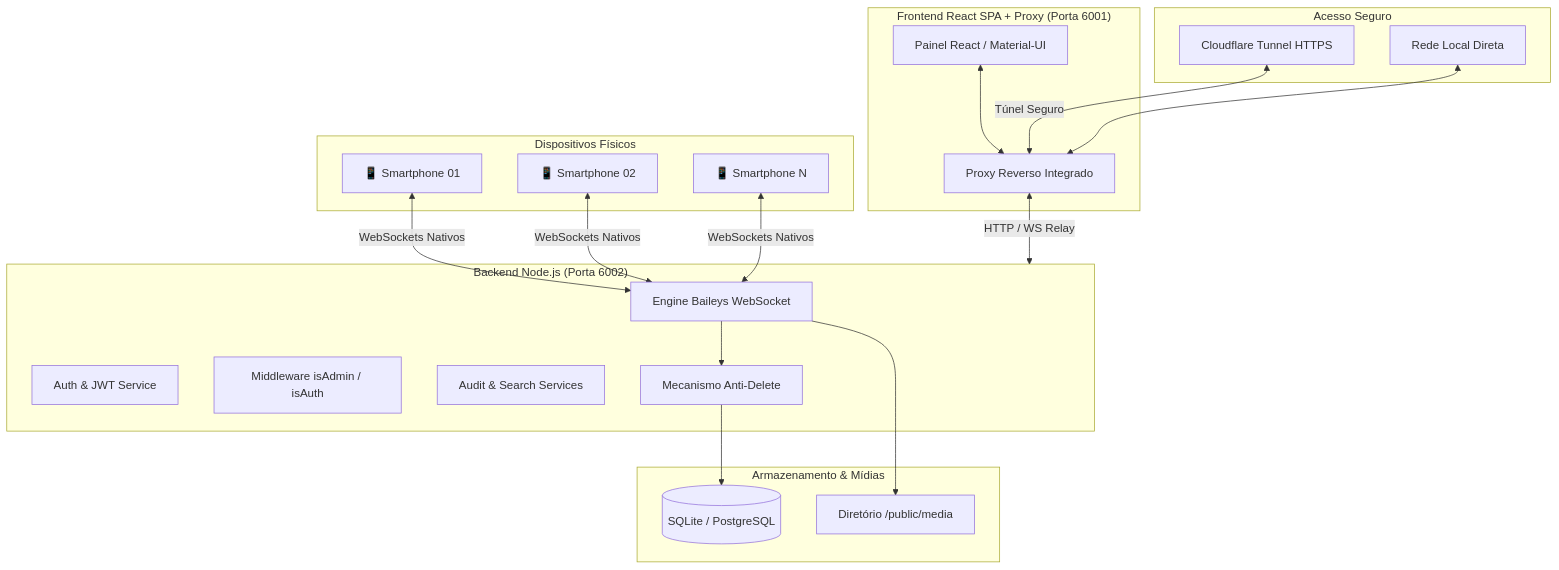
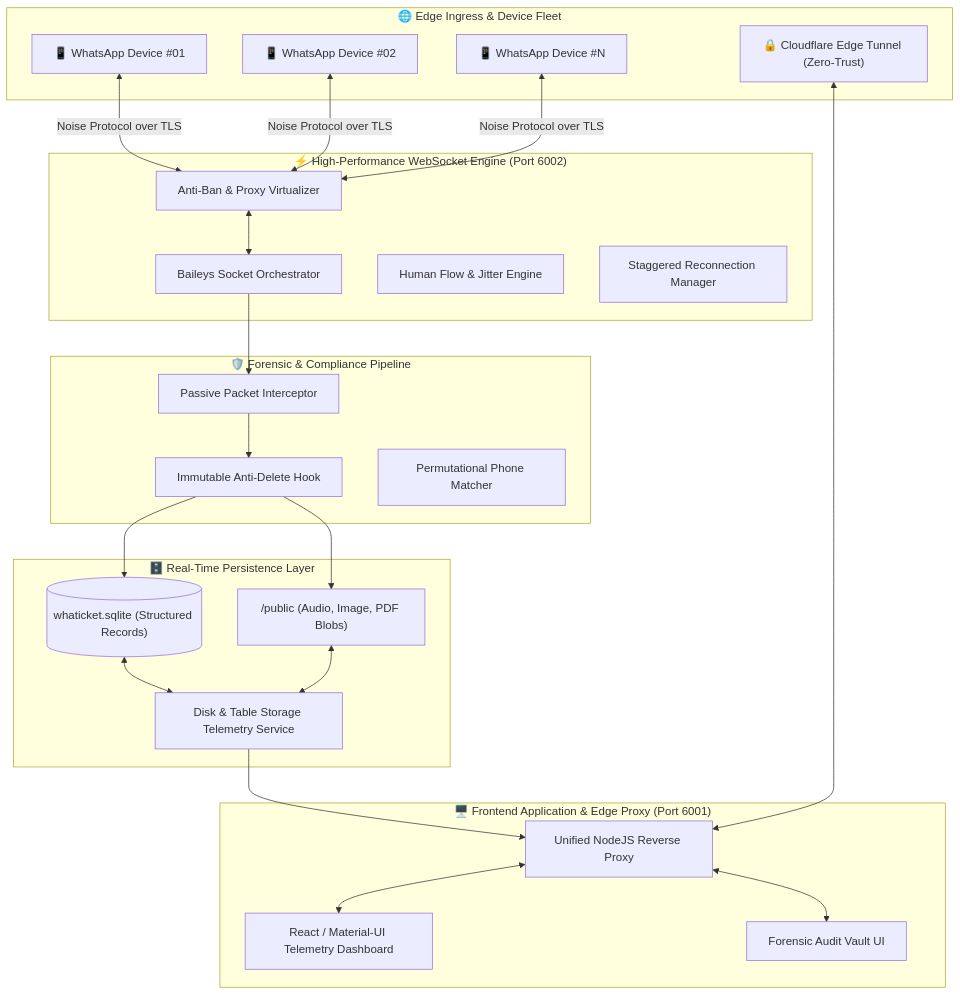
The diagram in README.md (vicenzzopalma/VERITAS), drawn with Mermaid before and after one commit. The commit also changed other lines of this file, not shown here.

````diff
--- a/README.md
+++ b/README.md
@@ -130,40 +45,45 @@
 ```mermaid
 flowchart TB
-    subgraph WhatsApp["Dispositivos Físicos"]
-        W1[📱 Smartphone 01]
-        W2[📱 Smartphone 02]
-        Wn[📱 Smartphone N]
+    subgraph Edge["🌐 Edge Ingress & Device Fleet"]
+        D1["📱 WhatsApp Device #01"]
+        D2["📱 WhatsApp Device #02"]
+        Dn["📱 WhatsApp Device #N"]
+        Tunnel["🔒 Cloudflare Edge Tunnel (Zero-Trust)"]
     end
 
-    subgraph Backend["Backend Node.js (Porta 6002)"]
-        BW[Engine Baileys WebSocket]
-        Auth[Auth & JWT Service]
-        RBAC[Middleware isAdmin / isAuth]
-        AuditSvc[Audit & Search Services]
-        AntiDel[Mecanismo Anti-Delete]
+    subgraph CoreEngine["⚡ High-Performance WebSocket Engine (Port 6002)"]
+        SocketCluster["Baileys Socket Orchestrator"]
+        AntiBan["Anti-Ban & Proxy Virtualizer"]
+        HumanFlow["Human Flow & Jitter Engine"]
+        Reconn["Staggered Reconnection Manager"]
     end
 
-    subgraph Storage["Armazenamento & Mídias"]
-        DB[(SQLite / PostgreSQL)]
-        MediaFiles["Diretório /public/media"]
+    subgraph ForensicPipeline["🛡️ Forensic & Compliance Pipeline"]
+        Interception["Passive Packet Interceptor"]
+        AntiDelete["Immutable Anti-Delete Hook"]
+        Omnisearch["Permutational Phone Matcher"]
     end
 
-    subgraph Frontend["Frontend React SPA + Proxy (Porta 6001)"]
-        Proxy[Proxy Reverso Integrado]
-        UI[Painel React / Material-UI]
+    subgraph Persistence["🗄️ Real-Time Persistence Layer"]
+        SQLiteDB[("whaticket.sqlite (Structured Records)")]
+        MediaDir["/public (Audio, Image, PDF Blobs)"]
+        TelemetrySvc["Disk & Table Storage Telemetry Service"]
     end
 
-    subgraph Access["Acesso Seguro"]
-        CF[Cloudflare Tunnel HTTPS]
-        LocalNet[Rede Local Direta]
+    subgraph ClientLayer["🖥️ Frontend Application & Edge Proxy (Port 6001)"]
+        StaticProxy["Unified NodeJS Reverse Proxy"]
+        ReactUI["React / Material-UI Telemetry Dashboard"]
+        AuditVaultUI["Forensic Audit Vault UI"]
     end
 
-    W1 & W2 & Wn <-->|WebSockets Nativos| BW
-    BW --> AntiDel
-    AntiDel --> DB
-    BW --> MediaFiles
-    Proxy <-->|HTTP / WS Relay| Backend
-    UI <--> Proxy
-    CF <-->|Túnel Seguro| Proxy
-    LocalNet <--> Proxy
+    D1 & D2 & Dn <-->|Noise Protocol over TLS| AntiBan
+    AntiBan <--> SocketCluster
+    SocketCluster --> Interception
+    Interception --> AntiDelete
+    AntiDelete --> SQLiteDB
+    AntiDelete --> MediaDir
+    SQLiteDB & MediaDir <--> TelemetrySvc
+    TelemetrySvc --> StaticProxy
+    StaticProxy <--> ReactUI & AuditVaultUI
+    Tunnel <--> StaticProxy
 ```
````
